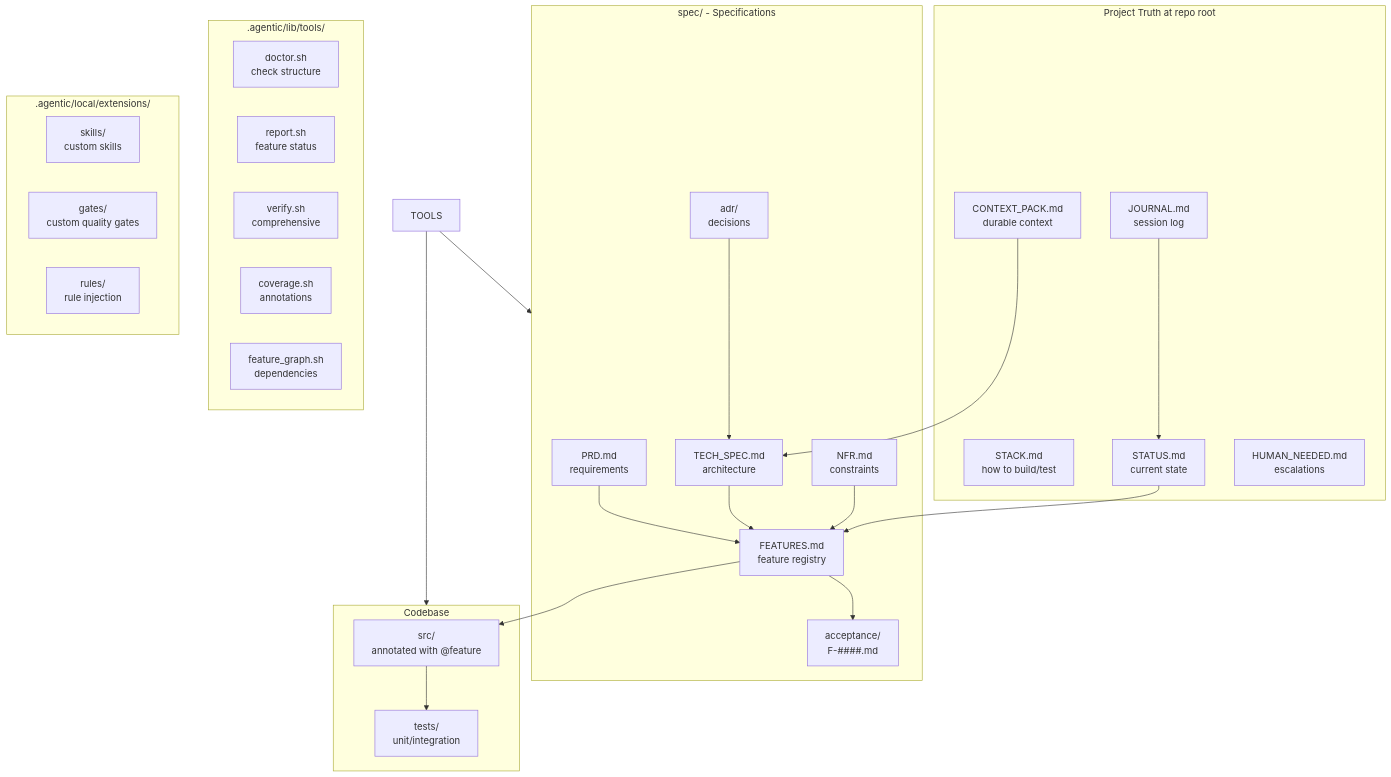
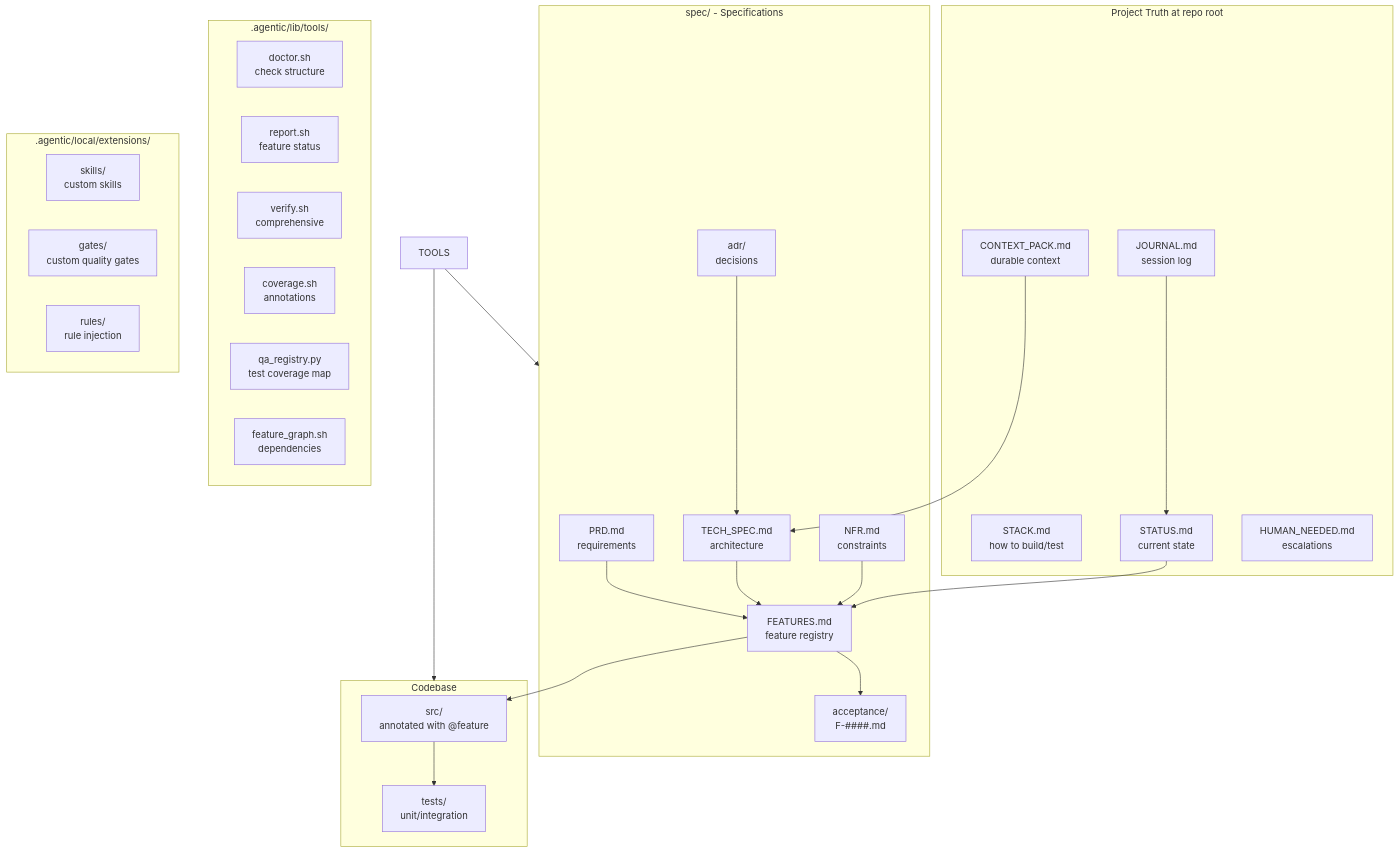
The first of 11 diagrams in .agentic/lib/FRAMEWORK_MAP.md (tomgun/agentic-framework), drawn with Mermaid before and after one commit. The commit also changed 5 other files, not shown here.

````diff
--- a/.agentic/lib/FRAMEWORK_MAP.md
+++ b/.agentic/lib/FRAMEWORK_MAP.md
@@ -12,54 +12,55 @@
 ```mermaid
 graph TB
     subgraph truth [Project Truth at repo root]
         STACK[STACK.md<br/>how to build/test]
         STATUS[STATUS.md<br/>current state]
         CONTEXT[CONTEXT_PACK.md<br/>durable context]
         JOURNAL[JOURNAL.md<br/>session log]
         HUMAN[HUMAN_NEEDED.md<br/>escalations]
     end
     
     subgraph specs [spec/ - Specifications]
         PRD[PRD.md<br/>requirements]
         TECH[TECH_SPEC.md<br/>architecture]
         FEATURES[FEATURES.md<br/>feature registry]
         NFR[NFR.md<br/>constraints]
         ACC[acceptance/<br/>F-####.md]
         ADR[adr/<br/>decisions]
     end
     
     subgraph code [Codebase]
         SRC[src/<br/>annotated with @feature]
         TESTS[tests/<br/>unit/integration]
     end
     
     subgraph tools [.agentic/lib/tools/]
         DOCTOR[doctor.sh<br/>check structure]
         REPORT[report.sh<br/>feature status]
         VERIFY[verify.sh<br/>comprehensive]
         COVERAGE[coverage.sh<br/>annotations]
+        QAREG[qa_registry.py<br/>test coverage map]
         GRAPH[feature_graph.sh<br/>dependencies]
     end
 
     subgraph extensions [.agentic/local/extensions/]
         EXT_SKILLS[skills/<br/>custom skills]
         EXT_GATES[gates/<br/>custom quality gates]
         EXT_RULES[rules/<br/>rule injection]
     end
     
     PRD --> FEATURES
     TECH --> FEATURES
     FEATURES --> ACC
     FEATURES --> SRC
     NFR --> FEATURES
     ADR --> TECH
     
     SRC --> TESTS
     
     TOOLS --> specs
     TOOLS --> code
     
     STATUS --> FEATURES
     CONTEXT --> TECH
     JOURNAL --> STATUS
 ```
````
